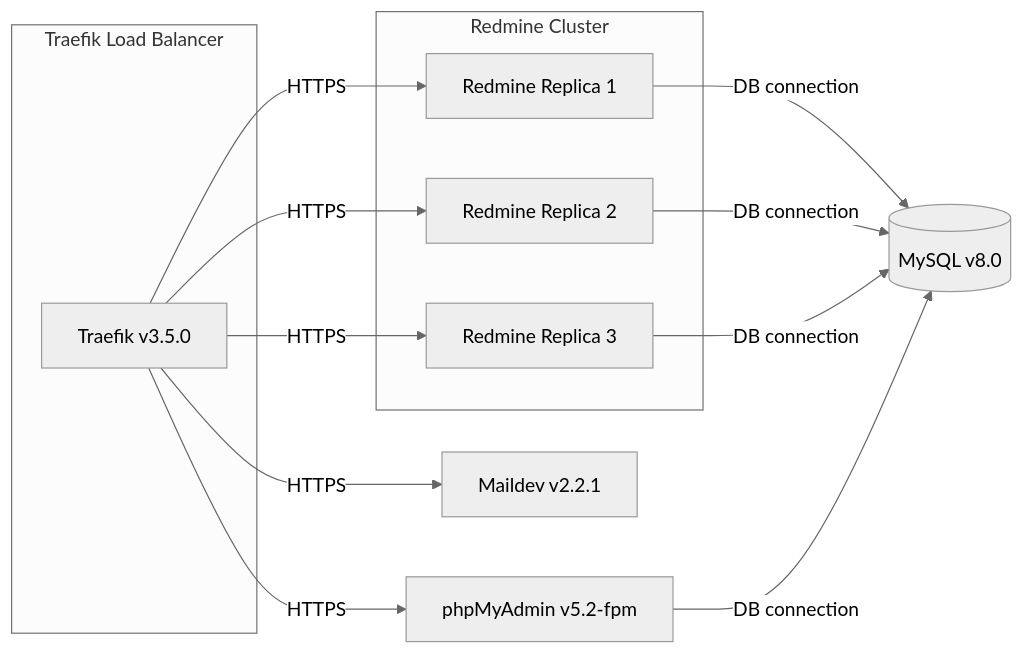
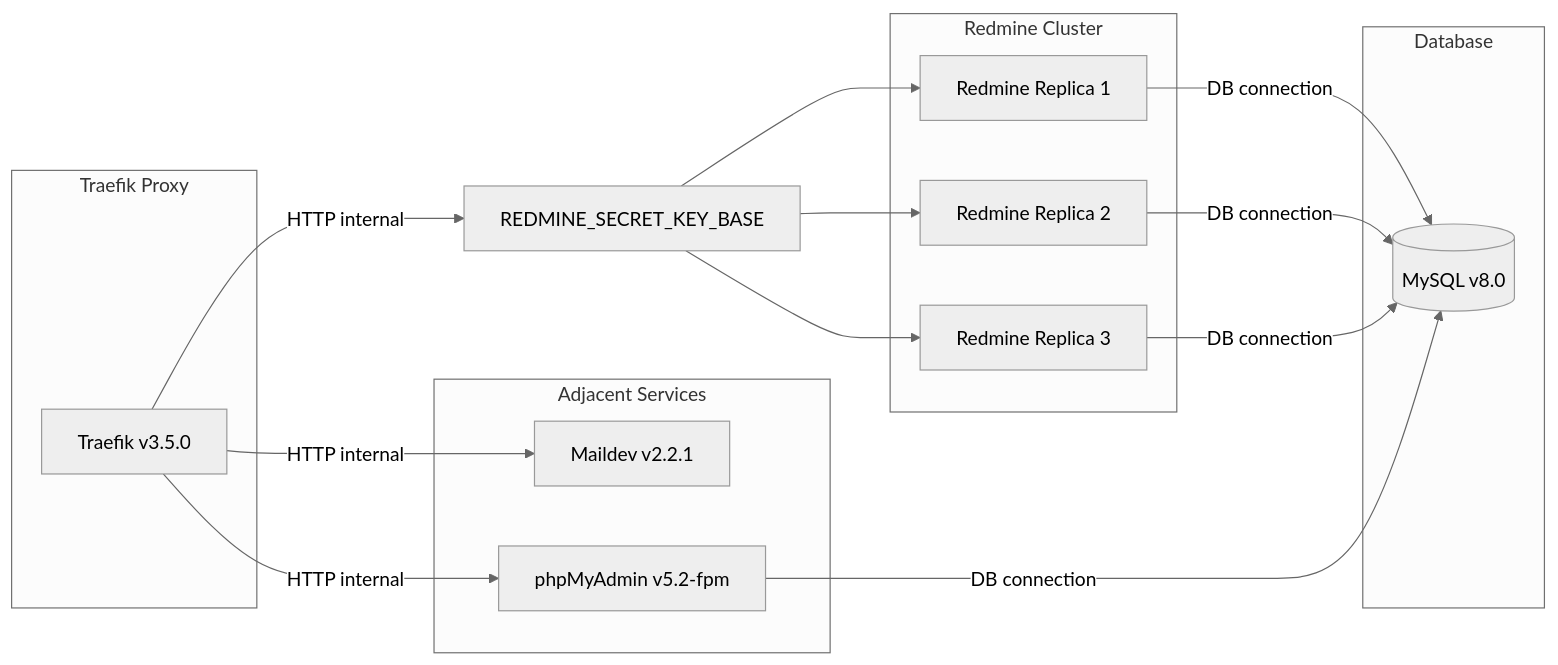
Before and after one commit to mortzkeblar/actividad8-contenedores-integrador1: the diagram in README.md, drawn with Mermaid (neutral theme). The commit also changed other lines of this file, not shown here.

Commit message:
Se agrega modificaciones al diagrama mermaid

````diff
--- a/README.md
+++ b/README.md
@@ -5,28 +5,36 @@
 ``` mermaid
 graph LR
-    subgraph Traefik ["Traefik Load Balancer"]
-        traefik[Traefik v3.5.0]
-    end
+	subgraph Traefik ["Traefik Proxy"]
+		traefik[Traefik v3.5.0]
+	end
 
-    subgraph Redmine["Redmine Cluster"]
-        redmine1[Redmine Replica 1]
-        redmine2[Redmine Replica 2]
-        redmine3[Redmine Replica 3]
-    end
+	secret["REDMINE_SECRET_KEY_BASE"]
 
-    db[(MySQL v8.0)]
-    maildev[Maildev v2.2.1]
-    phpmyadmin[phpMyAdmin v5.2-fpm]
+	subgraph Redmine["Redmine Cluster"]
+		redmine1[Redmine Replica 1]
+		redmine2[Redmine Replica 2]
+		redmine3[Redmine Replica 3]
+	end
+	
+	subgraph AdjServices["Adjacent Services"]
+		maildev[Maildev v2.2.1]
+		phpmyadmin[phpMyAdmin v5.2-fpm]
+	end
+	
+	subgraph Database["Database"]
+		db[(MySQL v8.0)]
+	end
 
-    traefik -->|HTTPS| redmine1
-    traefik -->|HTTPS| redmine2
-    traefik -->|HTTPS| redmine3
-    traefik -->|HTTPS| maildev
-    traefik -->|HTTPS| phpmyadmin
+	traefik -->|HTTP internal| secret
+	secret --> redmine1
+	secret --> redmine2
+	secret --> redmine3
+	traefik -->|HTTP internal| maildev
+	traefik -->|HTTP internal| phpmyadmin
 
-    redmine1 -->|DB connection| db
-    redmine2 -->|DB connection| db
-    redmine3 -->|DB connection| db
-    phpmyadmin -->|DB connection| db
+	redmine1 -->|DB connection| db
+	redmine2 -->|DB connection| db
+	redmine3 -->|DB connection| db
+	phpmyadmin -->|DB connection| db
 
 ```
````
